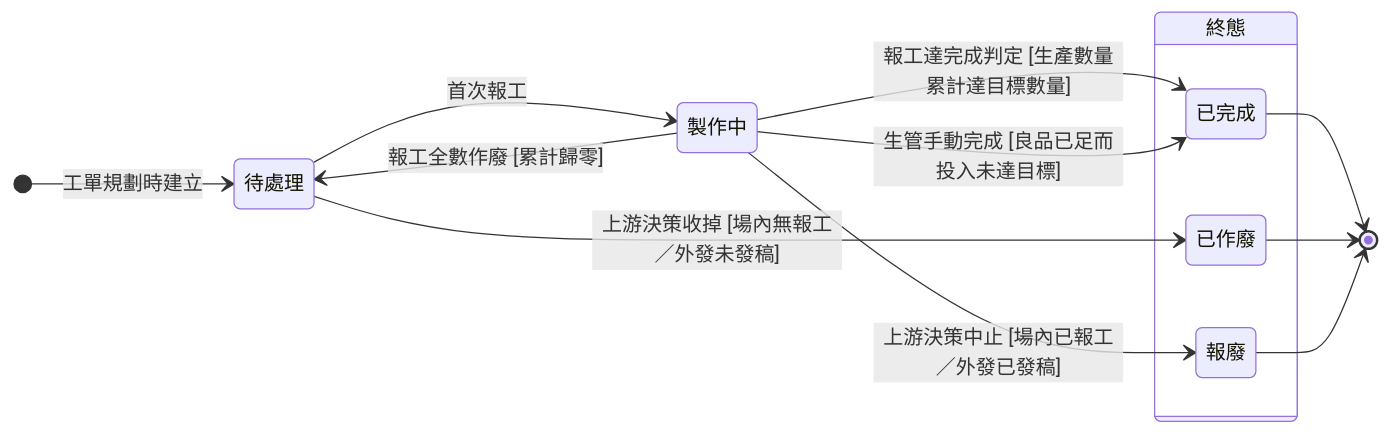
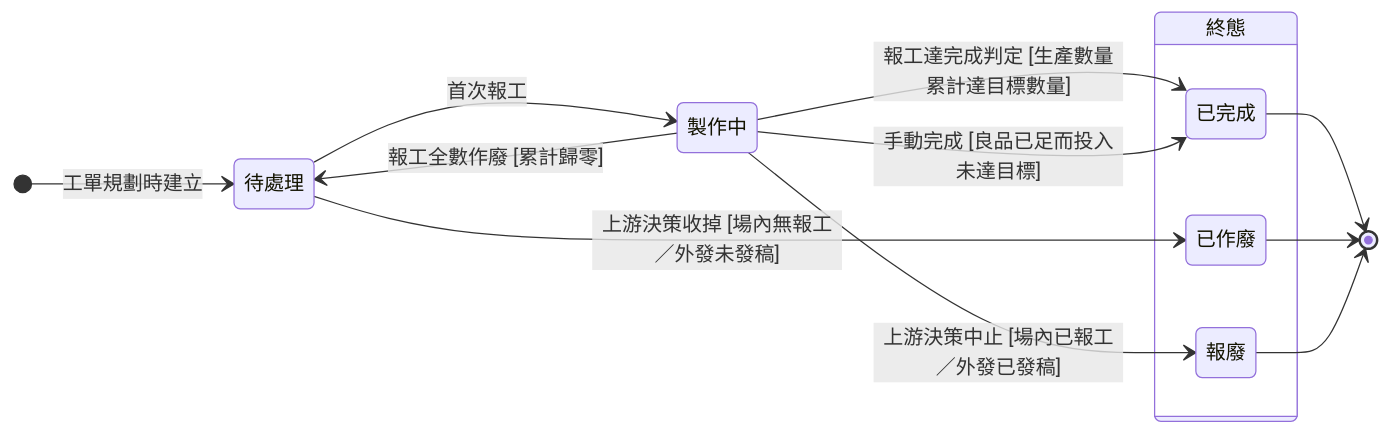
The diagram in memory/Sens_wiki/wiki/erp/06-state-machines/生產任務狀態.md (Kawato-Miles/erp-spec), drawn with Mermaid before and after one commit. The commit also changed other lines of this file and 13 other files, not shown here.

````diff
--- a/memory/Sens_wiki/wiki/erp/06-state-machines/生產任務狀態.md
+++ b/memory/Sens_wiki/wiki/erp/06-state-machines/生產任務狀態.md
@@ -42,28 +42,28 @@
 ```mermaid
 stateDiagram-v2
     direction LR
 
     [*] --> s_pending : 工單規劃時建立
 
     state "待處理" as s_pending
     state "製作中" as s_making
 
     state "終態" as Final {
         state "已完成" as s_done
         state "已作廢" as s_void
         state "報廢" as s_scrap
     }
 
     s_pending --> s_making : 首次報工
     s_making --> s_done : 報工達完成判定 [生產數量累計達目標數量]
-    s_making --> s_done : 生管手動完成 [良品已足而投入未達目標]
+    s_making --> s_done : 手動完成 [良品已足而投入未達目標]
 
     s_making --> s_pending : 報工全數作廢 [累計歸零]
 
     s_pending --> s_void : 上游決策收掉 [場內無報工／外發未發稿]
     s_making --> s_scrap : 上游決策中止 [場內已報工／外發已發稿]
 
     s_done --> [*]
     s_void --> [*]
     s_scrap --> [*]
 ```
````
